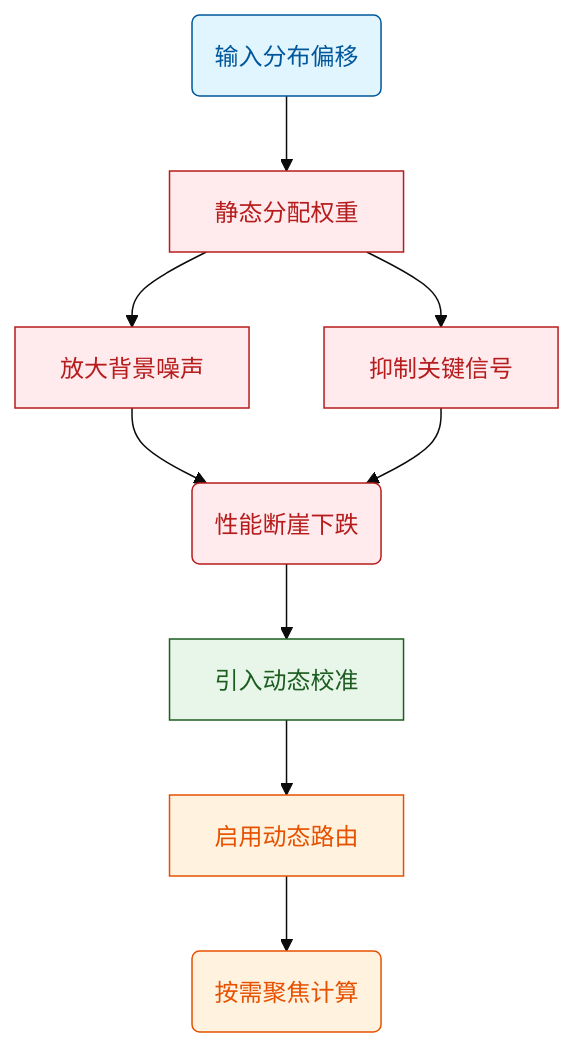
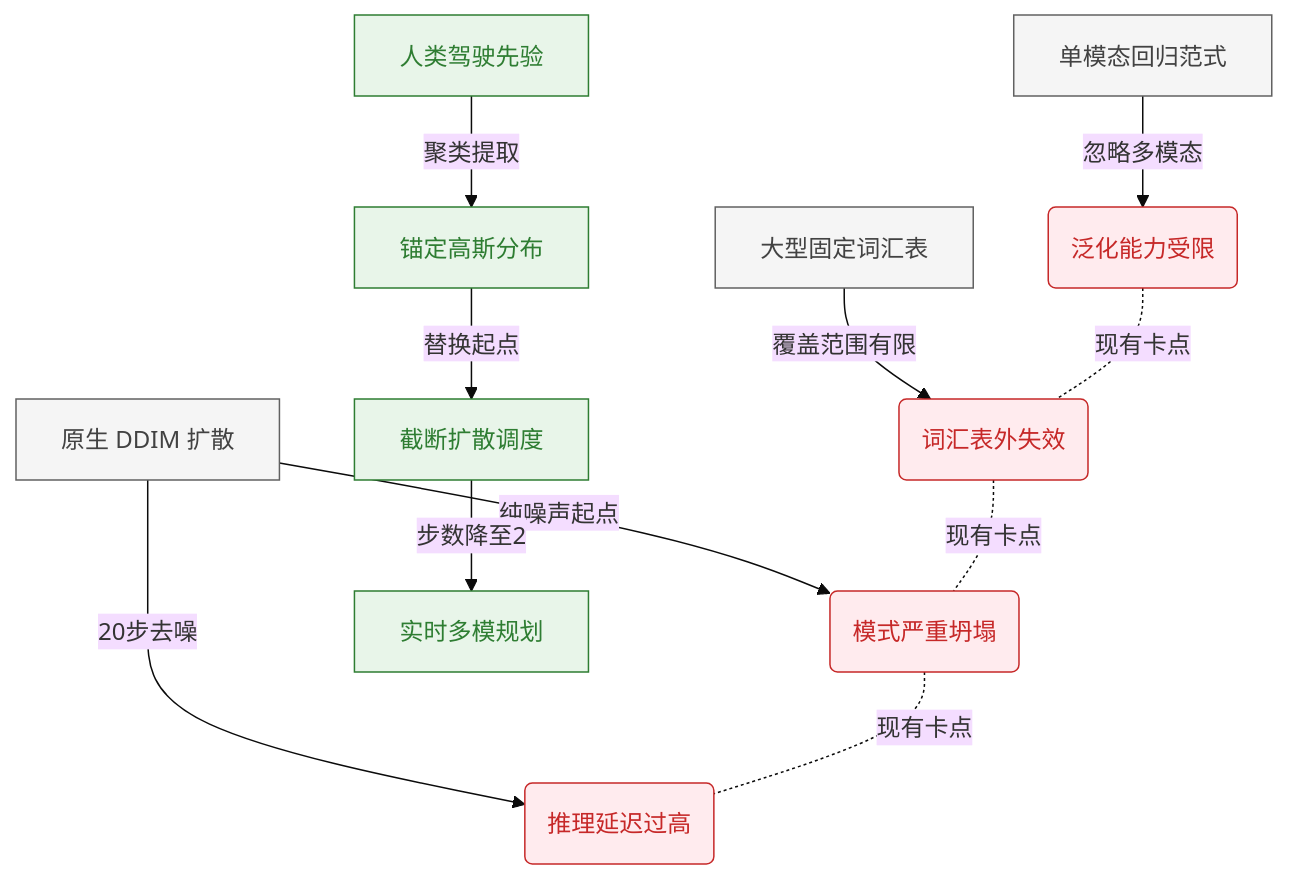
The first of 10 diagrams in person_vault/2026-06-08_DiffusionDrive_2411.15139/report.md (ShinewineW/paper-rolling), drawn with Mermaid (base theme) before and after one commit. The commit also changed other lines of this file and 51 other files, not shown here.

````diff
--- a/person_vault/2026-06-08_DiffusionDrive_2411.15139/report.md
+++ b/person_vault/2026-06-08_DiffusionDrive_2411.15139/report.md
@@ -44,16 +48,23 @@
 ```mermaid
 flowchart TD
-    classDef obs fill:#e1f5fe,stroke:#01579b,color:#01579b
-    classDef gap fill:#ffebee,stroke:#b71c1c,color:#b71c1c
-    classDef insight fill:#e8f5e9,stroke:#1b5e20,color:#1b5e20
-    classDef action fill:#fff3e0,stroke:#e65100,color:#e65100
+    classDef baseline fill:#f5f5f5,stroke:#616161,color:#424242;
+    classDef bottleneck fill:#ffebee,stroke:#c62828,color:#c62828;
+    classDef insight fill:#e8f5e9,stroke:#2e7d32,color:#2e7d32;
 
-    input_shift(输入分布偏移):::obs --> static_alloc["静态分配权重"]:::gap
-    static_alloc --> amplify_noise["放大背景噪声"]:::gap
-    static_alloc --> suppress_signal["抑制关键信号"]:::gap
-    amplify_noise --> perf_crash(性能断崖下跌):::gap
-    suppress_signal --> perf_crash
-    perf_crash --> dynamic_calib["引入动态校准"]:::insight
-    dynamic_calib --> adaptive_route["启用动态路由"]:::action
-    adaptive_route --> focus_compute(按需聚焦计算):::action
+    single_mode["单模态回归范式"] -->|忽略多模态| poor_generalization(泛化能力受限)
+    fixed_vocab["大型固定词汇表"] -->|覆盖范围有限| oov_failure(词汇表外失效)
+    naive_diffusion["原生 DDIM 扩散"] -->|纯噪声起点| mode_collapse(模式严重坍塌)
+    naive_diffusion -->|20步去噪| latency_spike(推理延迟过高)
+    
+    poor_generalization -.现有卡点.- oov_failure
+    oov_failure -.现有卡点.- mode_collapse
+    mode_collapse -.现有卡点.- latency_spike
+
+    human_prior["人类驾驶先验"] -->|聚类提取| anchored_gaussian["锚定高斯分布"]
+    anchored_gaussian -->|替换起点| truncated_schedule["截断扩散调度"]
+    truncated_schedule -->|步数降至2| realtime_planning["实时多模规划"]
+    
+    class single_mode,fixed_vocab,naive_diffusion baseline;
+    class poor_generalization,oov_failure,mode_collapse,latency_spike bottleneck;
+    class human_prior,anchored_gaussian,truncated_schedule,realtime_planning insight;
 ```
````
